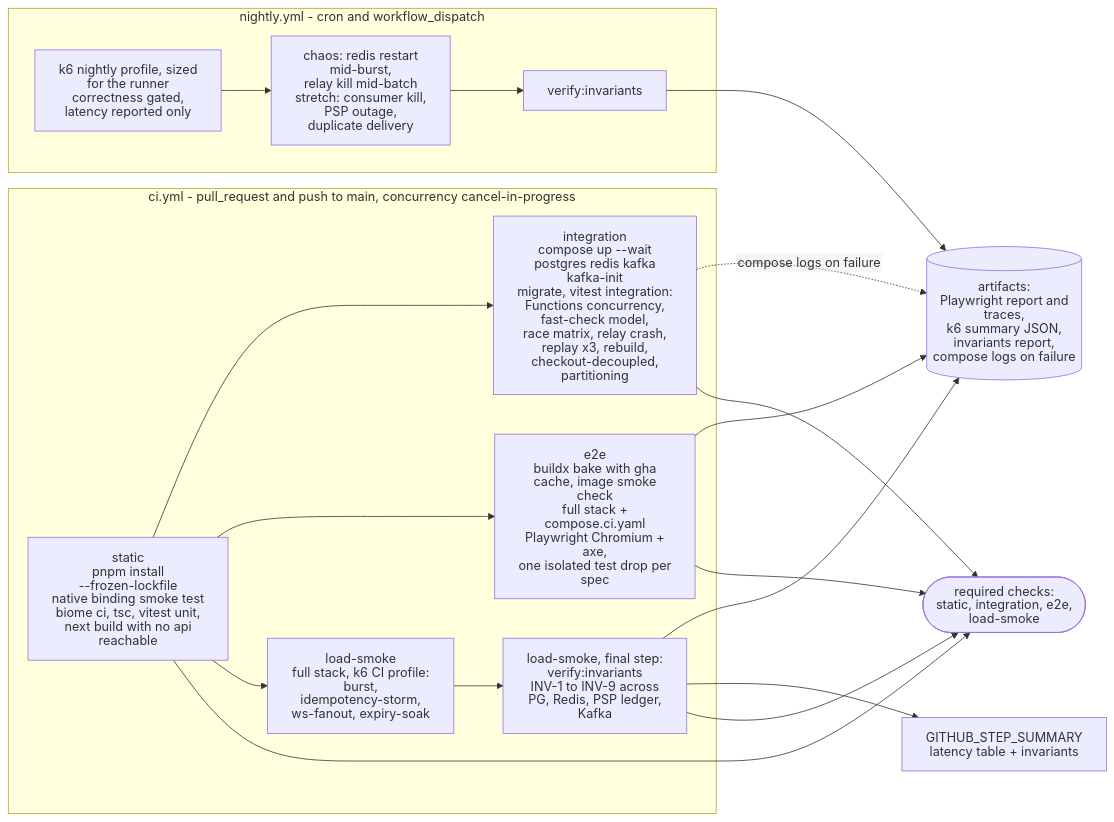
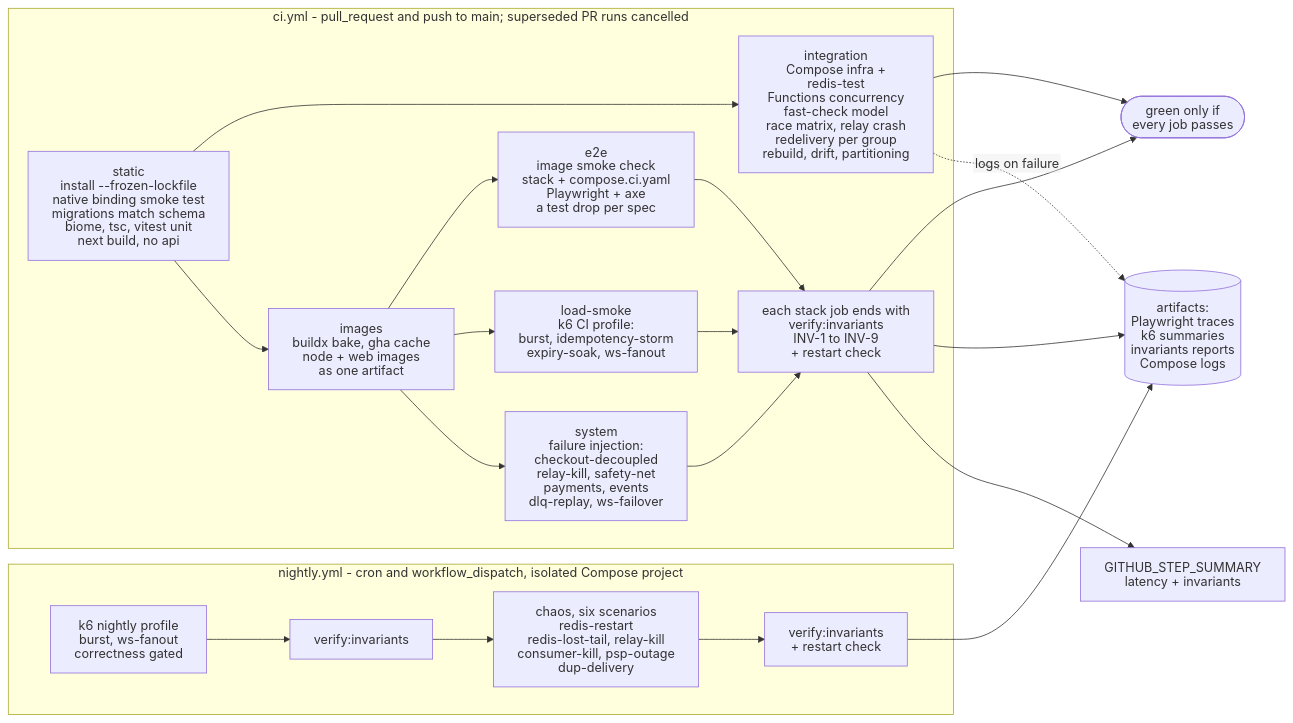
One commit to Linykq/FlashDrop changed the diagram in docs/diagrams/ci-pipeline.mmd. Above: the diagram before and after it, drawn with Mermaid. The commit also changed 340 other files, not shown here.

First line of the commit message:
M9+M10: drift checks, chaos suite, nightly CI, metrics, perf report, docs; final review

```diff
--- a/docs/diagrams/ci-pipeline.mmd
+++ b/docs/diagrams/ci-pipeline.mmd
@@ -1,37 +1,41 @@
 %%{init: {"htmlLabels": false, "flowchart": {"htmlLabels": false}}}%%
-%% GitHub Actions jobs and dependencies. Source of docs/diagrams/ci-pipeline.svg
+%% GitHub Actions jobs and dependencies, as built. Source of docs/diagrams/ci-pipeline.svg
 %% llm-eval.yml (workflow_dispatch only) is described in prose in section 13.
 flowchart LR
 
-  subgraph CI["ci.yml - pull_request and push to main, concurrency cancel-in-progress"]
-    STATIC["static<br/>pnpm install --frozen-lockfile<br/>native binding smoke test<br/>biome ci, tsc, vitest unit,<br/>next build with no api reachable"]
-    INT["integration<br/>compose up --wait postgres redis kafka kafka-init<br/>migrate, vitest integration:<br/>Functions concurrency, fast-check model,<br/>race matrix, relay crash, replay x3, rebuild,<br/>checkout-decoupled, partitioning"]
-    E2E["e2e<br/>buildx bake with gha cache, image smoke check<br/>full stack + compose.ci.yaml<br/>Playwright Chromium + axe,<br/>one isolated test drop per spec"]
-    LOAD["load-smoke<br/>full stack, k6 CI profile:<br/>burst, idempotency-storm,<br/>ws-fanout, expiry-soak"]
-    INV["load-smoke, final step:<br/>verify:invariants<br/>INV-1 to INV-9 across<br/>PG, Redis, PSP ledger, Kafka"]
+  subgraph CI["ci.yml - pull_request and push to main; superseded PR runs cancelled"]
+    STATIC["static<br/>install --frozen-lockfile<br/>native binding smoke test<br/>migrations match schema<br/>biome, tsc, vitest unit<br/>next build, no api"]
+    INT["integration<br/>Compose infra + redis-test<br/>Functions concurrency<br/>fast-check model<br/>race matrix, relay crash<br/>redelivery per group<br/>rebuild, drift, partitioning"]
+    IMG["images<br/>buildx bake, gha cache<br/>node + web images<br/>as one artifact"]
+    E2E["e2e<br/>image smoke check<br/>stack + compose.ci.yaml<br/>Playwright + axe<br/>a test drop per spec"]
+    LOAD["load-smoke<br/>k6 CI profile:<br/>burst, idempotency-storm<br/>expiry-soak, ws-fanout"]
+    SYS["system<br/>failure injection:<br/>checkout-decoupled<br/>relay-kill, safety-net<br/>payments, events<br/>dlq-replay, ws-failover"]
+    INV["each stack job ends with<br/>verify:invariants<br/>INV-1 to INV-9<br/>+ restart check"]
     STATIC --> INT
-    STATIC --> E2E
-    STATIC --> LOAD
+    STATIC --> IMG
+    IMG --> E2E
+    IMG --> LOAD
+    IMG --> SYS
+    E2E --> INV
     LOAD --> INV
+    SYS --> INV
   end
 
-  ART[("artifacts:<br/>Playwright report and traces,<br/>k6 summary JSON,<br/>invariants report,<br/>compose logs on failure")]
-  SUM["GITHUB_STEP_SUMMARY<br/>latency table + invariants"]
-  GATE(["required checks:<br/>static, integration, e2e, load-smoke"])
+  ART[("artifacts:<br/>Playwright traces<br/>k6 summaries<br/>invariants reports<br/>Compose logs")]
+  SUM["GITHUB_STEP_SUMMARY<br/>latency + invariants"]
+  GATE(["green only if<br/>every job passes"])
 
-  E2E --> ART
+  INT --> GATE
+  INV --> GATE
   INV --> ART
   INV --> SUM
-  INT -.->|"compose logs on failure"| ART
-  STATIC --> GATE
-  INT --> GATE
-  E2E --> GATE
-  INV --> GATE
+  INT -.->|"logs on failure"| ART
 
-  subgraph NIGHTLY["nightly.yml - cron and workflow_dispatch"]
-    FULL["k6 nightly profile, sized for the runner<br/>correctness gated, latency reported only"]
-    CHAOS["chaos: redis restart mid-burst,<br/>relay kill mid-batch<br/>stretch: consumer kill, PSP outage,<br/>duplicate delivery"]
-    INV2["verify:invariants"]
-    FULL --> CHAOS --> INV2
+  subgraph NIGHTLY["nightly.yml - cron and workflow_dispatch, isolated Compose project"]
+    FULL["k6 nightly profile<br/>burst, ws-fanout<br/>correctness gated"]
+    NINV1["verify:invariants"]
+    CHAOS["chaos, six scenarios<br/>redis-restart<br/>redis-lost-tail, relay-kill<br/>consumer-kill, psp-outage<br/>dup-delivery"]
+    NINV2["verify:invariants<br/>+ restart check"]
+    FULL --> NINV1 --> CHAOS --> NINV2
   end
-  INV2 --> ART
+  NINV2 --> ART
```
